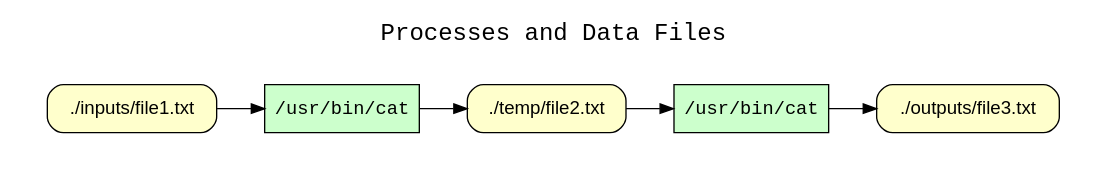
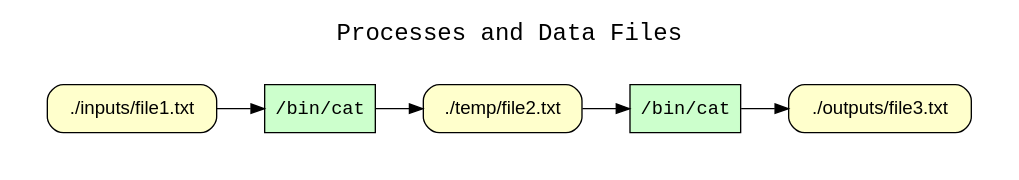
The diagram in examples/01-xsb-examples/07-two-step-pipeline/graphs.d/cpr_processes_and_data_files.dot (CIRSS/cpr-demo-2021), drawn with Graphviz before and after one commit. The commit also changed 16 other files, not shown here.

```diff
--- a/examples/01-xsb-examples/07-two-step-pipeline/graphs.d/cpr_processes_and_data_files.dot
+++ b/examples/01-xsb-examples/07-two-step-pipeline/graphs.d/cpr_processes_and_data_files.dot
@@ -1,20 +1,20 @@
 
 digraph cpr_run {
 rankdir=LR
 fontname=Courier; fontsize=18; labelloc=t
 label="Processes and Data Files"
 subgraph cluster_inputs { label=""; color=white; penwidth=0
 subgraph cluster_inputs_inner { label=""; color=white
 node[shape=box style="filled" fillcolor="#CCFFCC" peripheries=1 fontname=Courier]
-"exe:e3" [label="/usr/bin/cat"]
-"exe:e2" [label="/usr/bin/cat"]
+"exe:e3" [label="/bin/cat"]
+"exe:e2" [label="/bin/cat"]
 node[shape=box style="rounded,filled" fillcolor="#FFFFCC" peripheries=1 fontname=Helvetica]
-"access:i16" [label="./outputs/file3.txt"]
-"access:i15" [label="./inputs/file1.txt"]
+"access:i17" [label="./outputs/file3.txt"]
+"access:i16" [label="./inputs/file1.txt"]
 "access:i9" [label="./temp/file2.txt"]
-"exe:e3" -> "access:i16"
+"exe:e3" -> "access:i17"
 "exe:e2" -> "access:i9"
 "access:i9" -> "exe:e3"
-"access:i15" -> "exe:e2"
+"access:i16" -> "exe:e2"
 }}
 }
```
